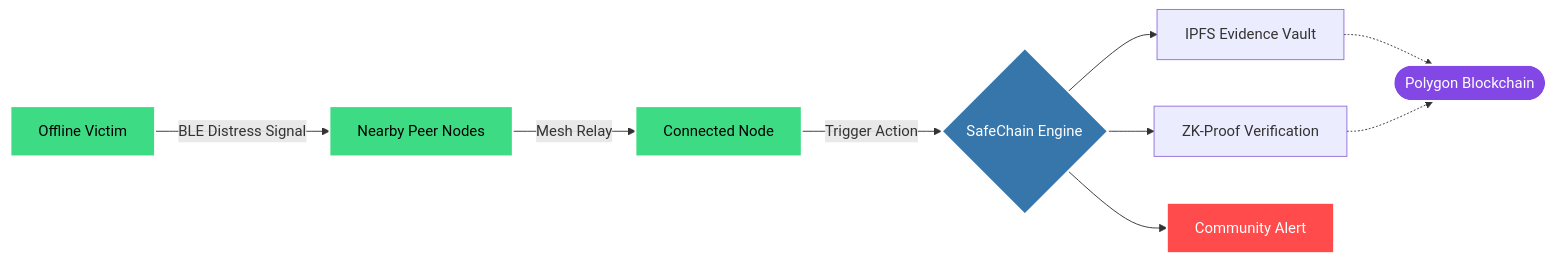
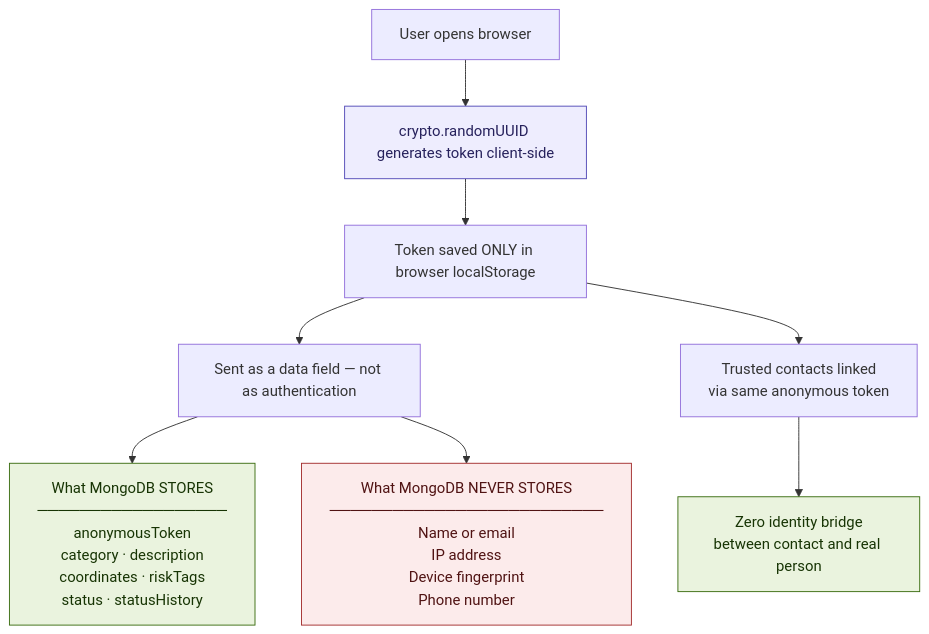
The fourth of 6 diagrams in README.md (Raj1865/SafeChain), drawn with Mermaid before and after one commit. The commit also changed other lines of this file, not shown here.

````diff
--- a/README.md
+++ b/README.md
@@ -29,21 +141,18 @@
 ```mermaid
-graph LR
-    classDef mobile fill:#3DDC84,stroke:#fff,stroke-width:2px,color:#000;
-    classDef blockchain fill:#8247E5,stroke:#fff,stroke-width:2px,color:#fff;
-    classDef ml fill:#3776AB,stroke:#fff,stroke-width:2px,color:#fff;
-    classDef alert fill:#FF4B4B,stroke:#fff,stroke-width:2px,color:#fff;
+flowchart TD
+    A["User opens browser"] --> B["crypto.randomUUID generates token client-side"]
+    B --> C["Token saved ONLY in browser localStorage"]
+    C --> D["Sent as a data field — not as authentication"]
 
-    A[Offline Victim] -->|BLE Distress Signal| B[Nearby Peer Nodes]
-    B -->|Mesh Relay| C[Connected Node]
-    C -->|Trigger Action| D{SafeChain Engine}
-    
-    D --> E[IPFS Evidence Vault] & F[ZK-Proof Verification] & G[Community Alert]
-    
-    E -.-> H([Polygon Blockchain])
-    F -.-> H
-    
-    class A,B,C mobile;
-    class H blockchain;
-    class D ml;
-    class G alert;
+    D --> E["What MongoDB STORES\n──────────────────\nanonymousToken\ncategory · description\ncoordinates · riskTags\nstatus · statusHistory"]
+
+    D --> F["What MongoDB NEVER STORES\n──────────────────────────\nName or email\nIP address\nDevice fingerprint\nPhone number"]
+
+    C --> G["Trusted contacts linked\nvia same anonymous token"]
+    G --> H["Zero identity bridge\nbetween contact and real person"]
+
+    style F fill:#FCEBEB,color:#501313,stroke:#A32D2D
+    style E fill:#EAF3DE,color:#173404,stroke:#3B6D11
+    style B fill:#EEEDFE,color:#26215C,stroke:#534AB7
+    style H fill:#EAF3DE,color:#173404,stroke:#3B6D11
 ```
````
